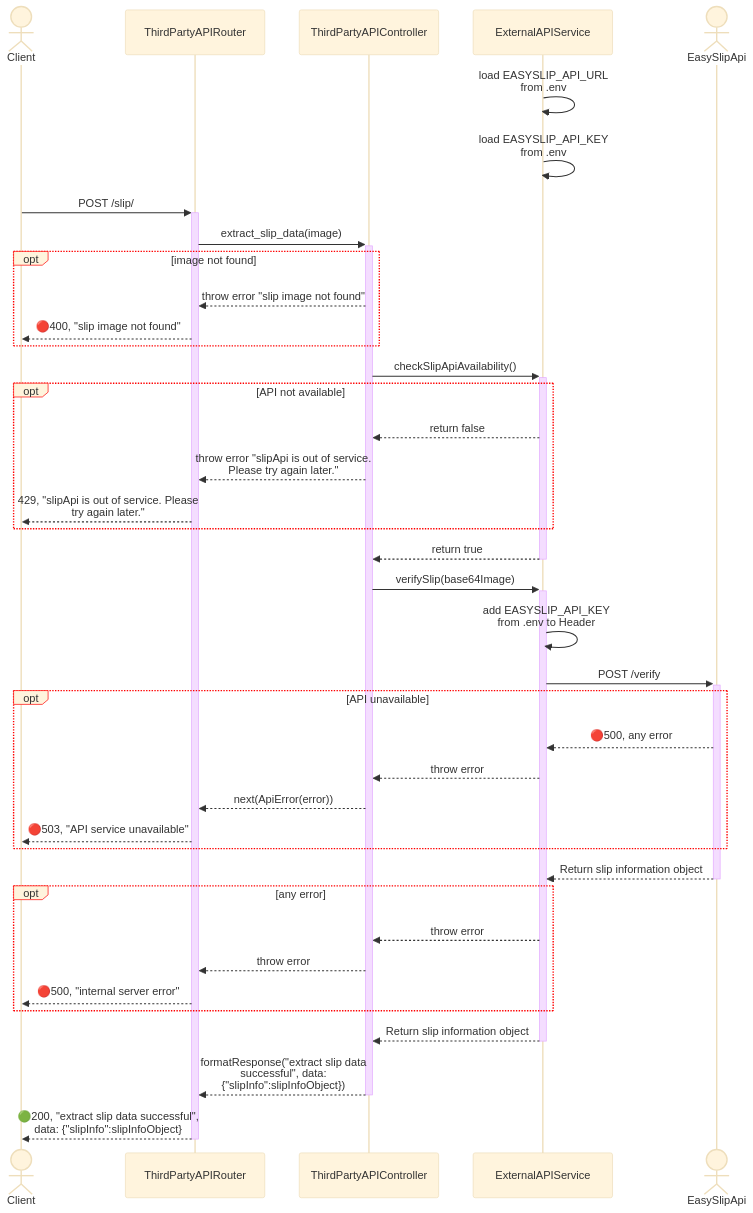
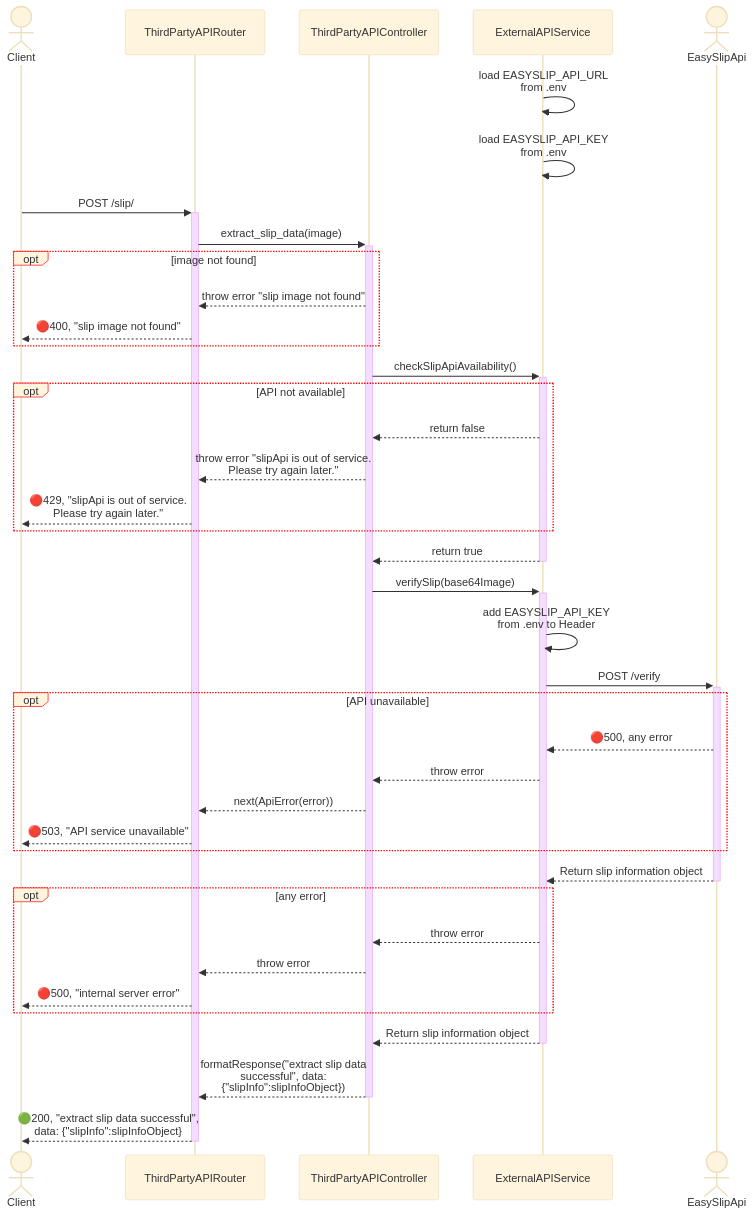
One commit to SawatKia/WealthTracking changed the diagram in design/newClassesDesign/api/SlipData.mmd. Above: the diagram before and after it, drawn with Mermaid. The commit also changed 21 other files, not shown here.

```diff
--- a/design/newClassesDesign/api/SlipData.mmd
+++ b/design/newClassesDesign/api/SlipData.mmd
@@ -1,56 +1,56 @@
 %%{
     init: {
         "theme":"base",
         "themeVariables": {
             'labelBoxBorderColor': '#ff0000'
         },
         "sequence": { 
             "wrap": true, 
             "width": 202 
         } 
     }
 }%%
 sequenceDiagram
     Actor Client
     participant Router as ThirdPartyAPIRouter
     participant Cont as ThirdPartyAPIController
     participant ApiClient as ExternalAPIService
     Actor Api as EasySlipApi
     %% EASYSLIP_API document = "https://developer.easyslip.com/document"
 
     %% add EASYSLIP_API_URL = "https://developer.easyslip.com/api/v1"<br>to .env
     %% add EASYSLIP_API_KEY from Easy api to .env
     
     ApiClient->>ApiClient: load EASYSLIP_API_URL from .env
     ApiClient->>ApiClient: load EASYSLIP_API_KEY from .env
     Client->>+Router: POST /slip/
     Router->>+Cont: extract_slip_data(image)
     opt image not found
         Cont-->>Router: throw error "slip image not found"
         Router-->>Client: 🔴400, "slip image not found"
     end
     Cont->>+ApiClient: checkSlipApiAvailability()
     opt API not available
         ApiClient-->>Cont: return false
         Cont-->>Router: throw error "slipApi is out of service. Please try again later."
-        Router-->>Client: 429, "slipApi is out of service. Please try again later."
+        Router-->>Client: 🔴429, "slipApi is out of service. Please try again later."
     end
     ApiClient-->>-Cont: return true
     Cont->>+ApiClient: verifySlip(base64Image)
     ApiClient->>ApiClient: add EASYSLIP_API_KEY from .env to Header
     ApiClient->>+Api: POST /verify
     opt API unavailable
         Api-->>ApiClient: 🔴500, any error
         ApiClient-->>Cont: throw error 
         Cont-->>Router: next(ApiError(error)) 
         Router-->>Client: 🔴503, "API service unavailable"
     end
     Api-->>-ApiClient: Return slip information object
     opt any error
         ApiClient-->>Cont: throw error
         Cont-->>Router: throw error 
         Router-->>Client: 🔴500, "internal server error"
     end
     ApiClient-->>-Cont: Return slip information object
     Cont-->>-Router: formatResponse("extract slip data successful", data: {"slipInfo":slipInfoObject})
     Router-->>-Client: 🟢200, "extract slip data successful", data: {"slipInfo":slipInfoObject}
```
